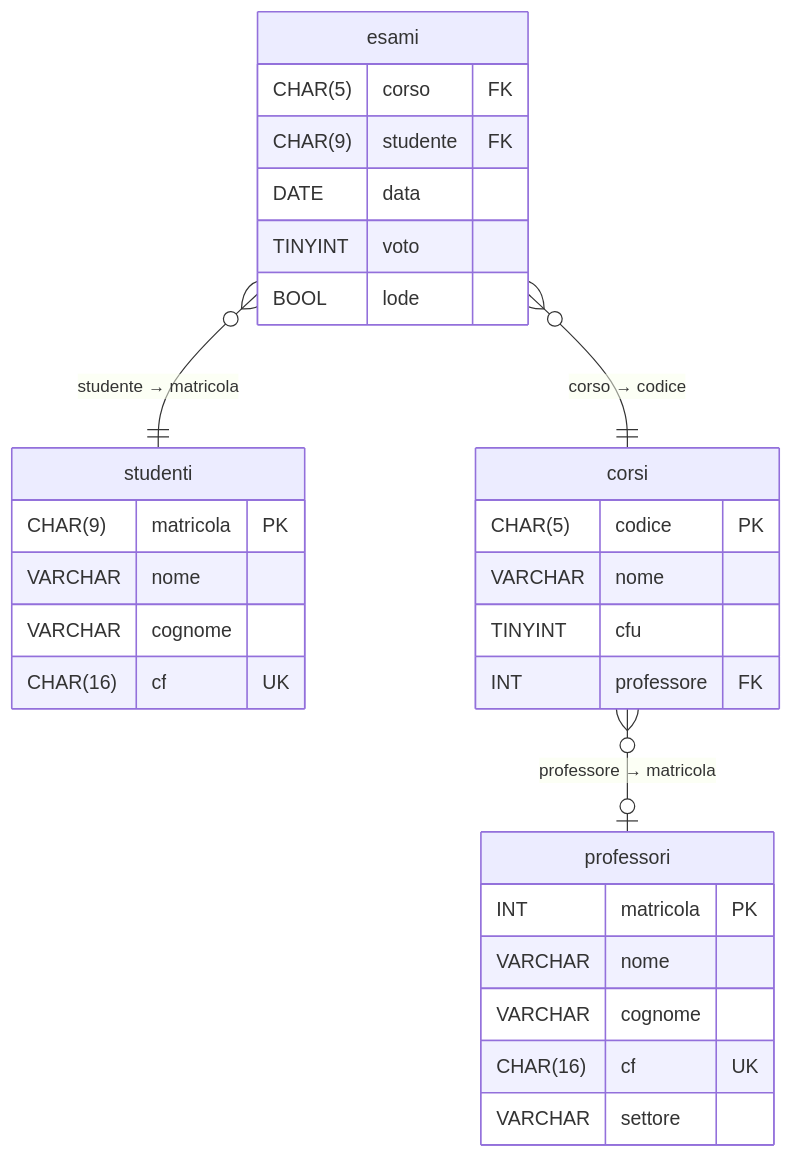
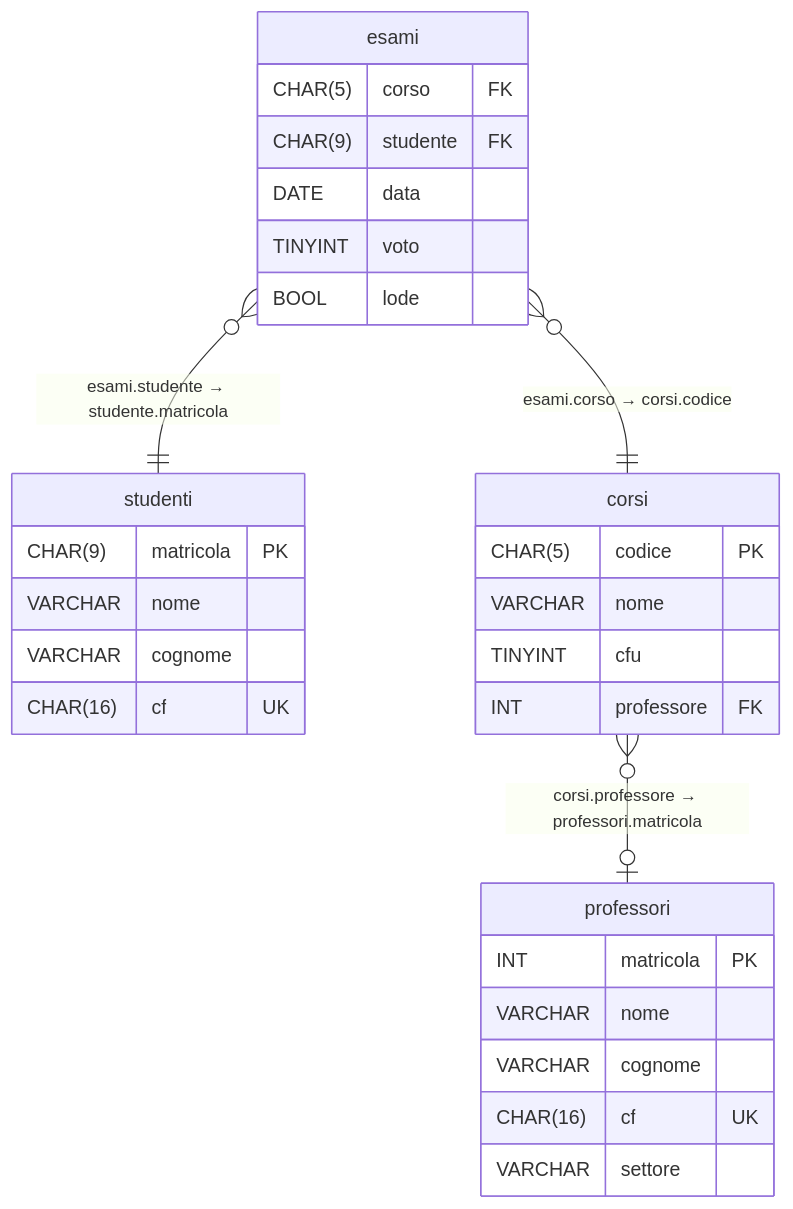
One commit to mauro-farina/database-2026 changed the diagram in database.md. Above: the diagram before and after it, drawn with Mermaid.

````diff
--- a/database.md
+++ b/database.md
@@ -1,33 +1,33 @@
 ```mermaid
 erDiagram
     studenti {
         CHAR(9) matricola PK
         VARCHAR nome
         VARCHAR cognome
         CHAR(16) cf UK
     }
     professori {
         INT matricola PK
         VARCHAR nome
         VARCHAR cognome
         CHAR(16) cf UK
         VARCHAR settore
     }
     corsi {
         CHAR(5) codice PK
         VARCHAR nome
         TINYINT cfu
         INT professore FK
     }
     esami {
         CHAR(5) corso FK
         CHAR(9) studente FK
         DATE data
         TINYINT voto
         BOOL lode
     }
 
-    corsi }o--o| professori : "professore → matricola"
-    esami }o--|| corsi : "corso → codice"
-    esami }o--|| studenti : "studente → matricola"
+    corsi }o--o| professori : "corsi.professore → professori.matricola"
+    esami }o--|| corsi : "esami.corso → corsi.codice"
+    esami }o--|| studenti : "esami.studente → studente.matricola"
 ```
````
